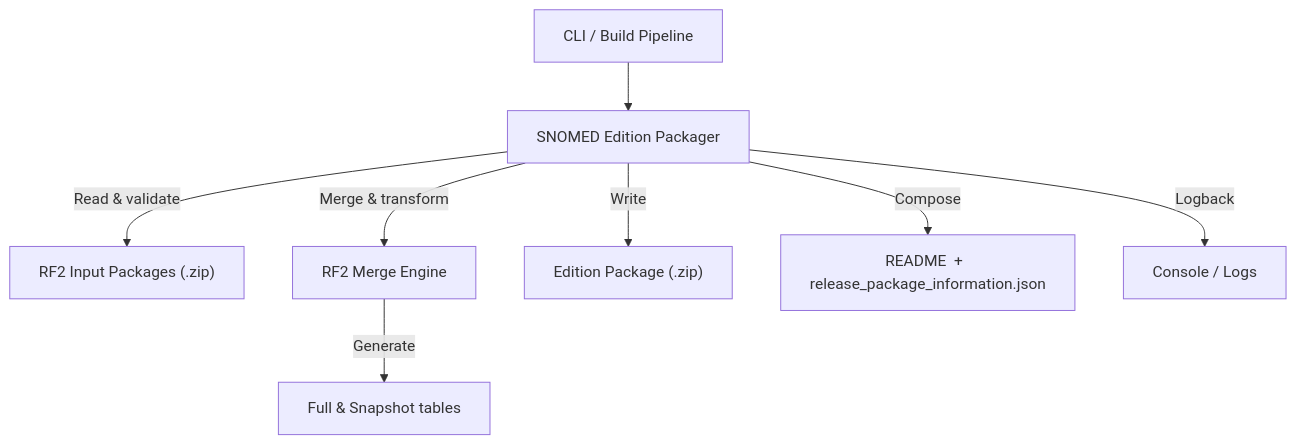
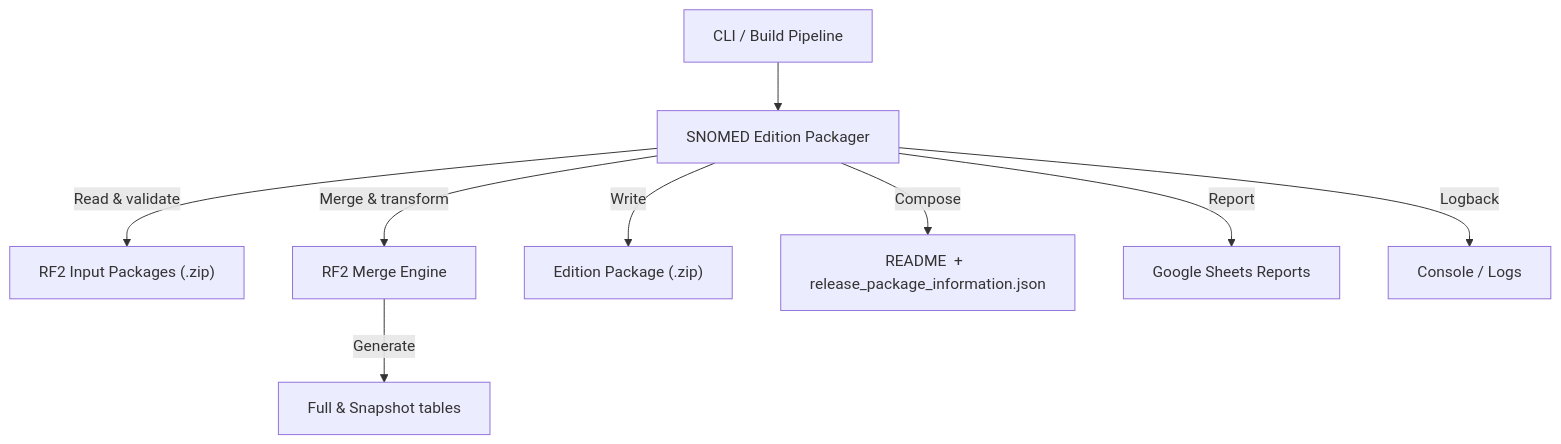
The first of 2 diagrams in readme.md (IHTSDO/snomed-edition-packager), drawn with Mermaid before and after one commit. The commit also changed other lines of this file, not shown here.

````diff
--- a/readme.md
+++ b/readme.md
@@ -17,10 +17,11 @@
 ```mermaid
 flowchart TD
     User["CLI / Build Pipeline"] --> SEP["SNOMED Edition Packager"]
     SEP -->|Read & validate| RF2In["RF2 Input Packages (.zip)"]
     SEP -->|Merge & transform| Engine["RF2 Merge Engine"]
     Engine -->|Generate| NewRF2["Full & Snapshot tables"]
     SEP -->|Write| OutZip["Edition Package (.zip)"]
     SEP -->|Compose| Extras["README  +  release_package_information.json"]
+    SEP -->|Report| GoogleSheets["Google Sheets Reports"]
     SEP -->|Logback| Console["Console / Logs"]
 ```
````
